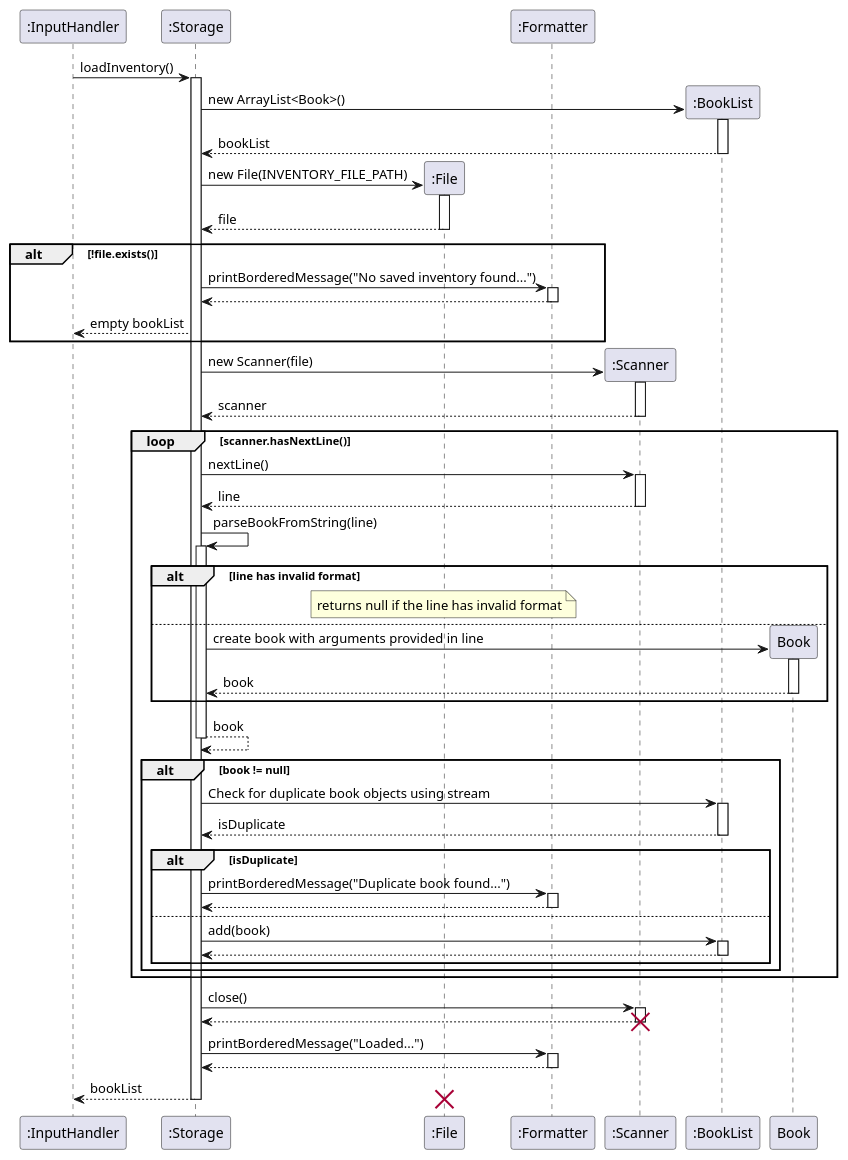
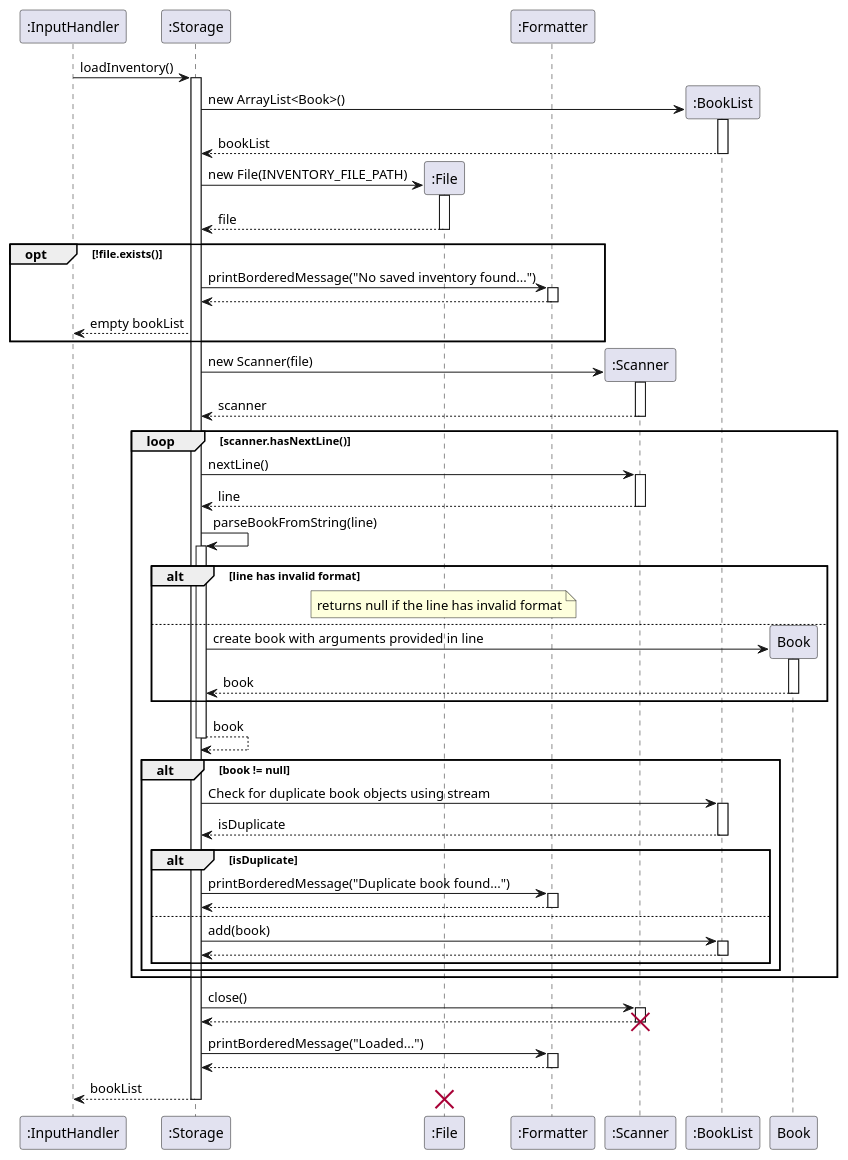
The diagram in docs/diagrams/loadInventory.puml (AY2425S2-CS2113-T12-2/tp), drawn with PlantUML before and after one commit.

Commit message:
Change alt to opt in loadInventory Sequence Diagram

```diff
--- a/docs/diagrams/loadInventory.puml
+++ b/docs/diagrams/loadInventory.puml
@@ -1,107 +1,107 @@
 @startuml
 participant InputHandler as ":InputHandler"
 participant Storage as ":Storage"
 participant File as ":File"
 participant Formatter as ":Formatter"
 participant Scanner as ":Scanner"
 
 
 InputHandler -> Storage: loadInventory()
 activate Storage
 
 ' Create a new empty bookList
 create BookList as ":BookList"
 Storage -> BookList: new ArrayList<Book>()
 activate BookList
 BookList --> Storage: bookList
 deactivate BookList
 
 ' Create File object for INVENTORY_FILE_PATH
 Create File
 Storage -> File: new File(INVENTORY_FILE_PATH)
 activate File
 File --> Storage: file
 deactivate File
 
-alt !file.exists()
+opt !file.exists()
     Storage -> Formatter: printBorderedMessage("No saved inventory found...")
     activate Formatter
 
     Formatter --> Storage
     deactivate Formatter
     
     Storage --> InputHandler: empty bookList
     end
     ' Open the file using a Scanner
     create Scanner
     Storage -> Scanner: new Scanner(file)
     activate Scanner
     Scanner --> Storage: scanner
     deactivate Scanner
 
     loop scanner.hasNextLine()
         Storage -> Scanner: nextLine()
         activate Scanner
 
         Scanner --> Storage: line
         deactivate Scanner
 
         Storage -> Storage: parseBookFromString(line)
         activate Storage
         alt line has invalid format
             note over File
             returns null if the line has invalid format
             end note
         else 
             create Book
             Storage -> Book: create book with arguments provided in line
             activate Book
             Book --> Storage: book
             deactivate Book
         end
         Storage --> Storage: book
         deactivate Storage
 
         alt book != null
             ' Check for duplicate book
             Storage -> BookList: Check for duplicate book objects using stream
             activate BookList
             BookList --> Storage: isDuplicate
             deactivate BookList
             alt isDuplicate
                 ' Book already exists, skip adding it
                 Storage -> Formatter: printBorderedMessage("Duplicate book found...")
                 activate Formatter
                 Formatter --> Storage
                 deactivate Formatter
                 
             else
                 ' Add book to bookList
                 Storage -> BookList: add(book)
                 activate BookList
                 BookList --> Storage
                 deactivate BookList
             end 
         end
     end
 
     
 
     Storage -> Scanner: close()
     activate Scanner
     Scanner --> Storage
     deactivate Scanner
     destroy Scanner
     ' Print message with number of books loaded
     Storage -> Formatter: printBorderedMessage("Loaded...")
     activate Formatter
     Formatter --> Storage
     deactivate Formatter
     
 
     Storage --> InputHandler: bookList
     destroy File
     deactivate Storage
 
 deactivate Storage
 @enduml
```
